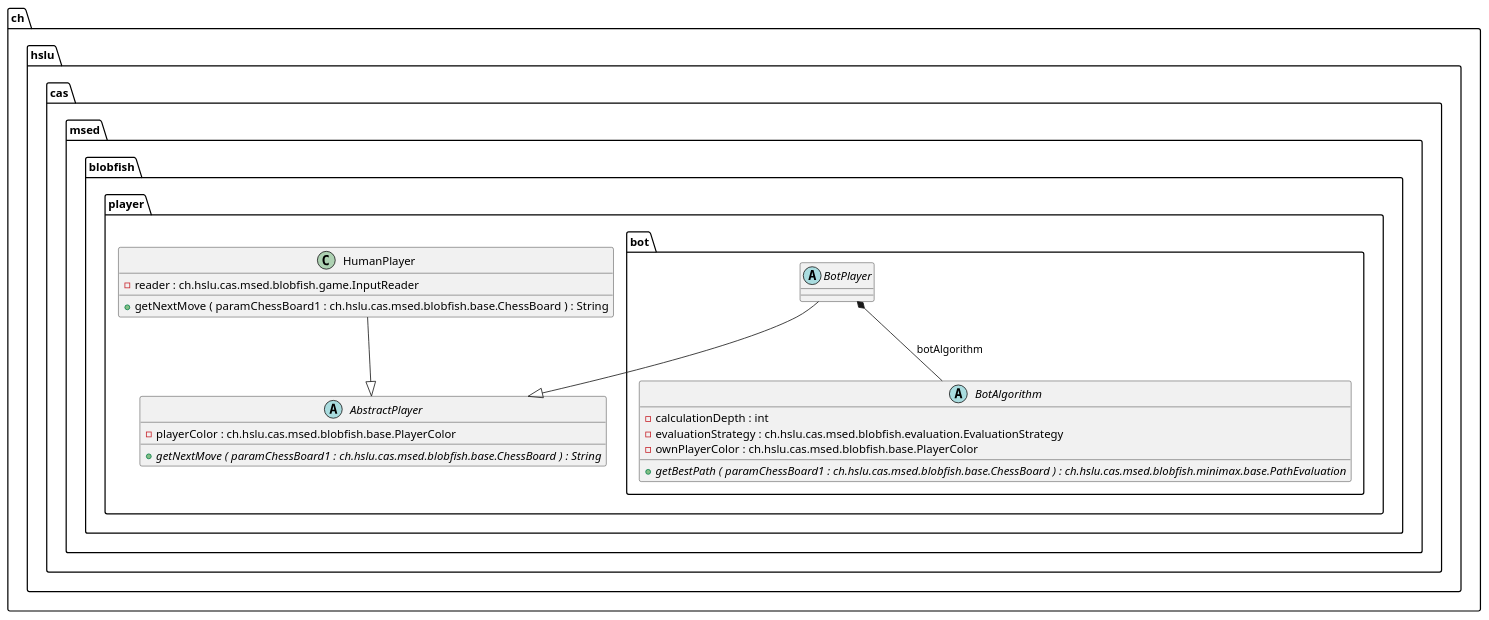
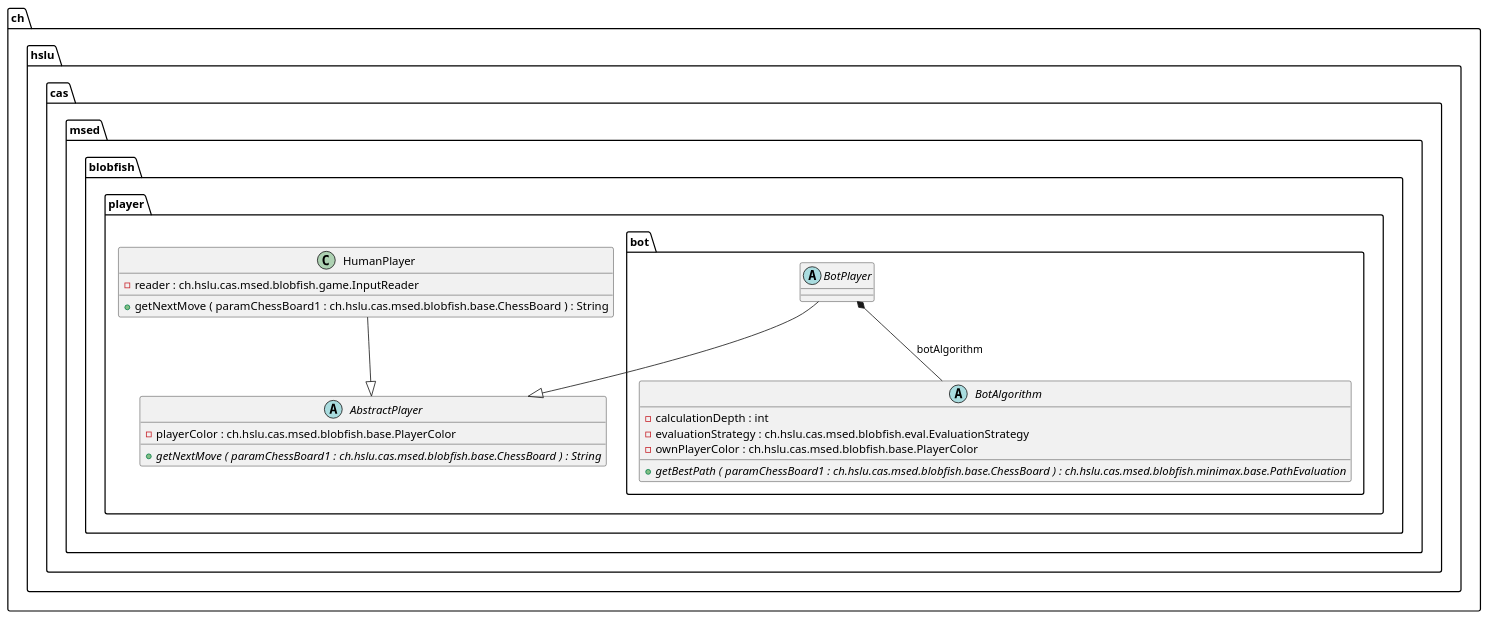
One commit to l2c0r3/blobfish changed the diagram in docs/generated-diagrams/player.puml. Above: the diagram before and after it, drawn with PlantUML. The commit also changed 10 other files, not shown here.

Commit message:
update generated UML diagrams

```diff
--- a/docs/generated-diagrams/player.puml
+++ b/docs/generated-diagrams/player.puml
@@ -1,34 +1,34 @@
 @startuml
 
 abstract class ch.hslu.cas.msed.blobfish.player.AbstractPlayer {
 	{field} -playerColor : ch.hslu.cas.msed.blobfish.base.PlayerColor
 	{method}  {abstract} +getNextMove ( paramChessBoard1 : ch.hslu.cas.msed.blobfish.base.ChessBoard ) : String
 }
 
 
 class ch.hslu.cas.msed.blobfish.player.HumanPlayer {
 	{field} -reader : ch.hslu.cas.msed.blobfish.game.InputReader
 	{method} +getNextMove ( paramChessBoard1 : ch.hslu.cas.msed.blobfish.base.ChessBoard ) : String
 }
 
 
 abstract class ch.hslu.cas.msed.blobfish.player.bot.BotAlgorithm {
 	{field} -calculationDepth : int
-	{field} -evaluationStrategy : ch.hslu.cas.msed.blobfish.evaluation.EvaluationStrategy
+	{field} -evaluationStrategy : ch.hslu.cas.msed.blobfish.eval.EvaluationStrategy
 	{field} -ownPlayerColor : ch.hslu.cas.msed.blobfish.base.PlayerColor
 	{method}  {abstract} +getBestPath ( paramChessBoard1 : ch.hslu.cas.msed.blobfish.base.ChessBoard ) : ch.hslu.cas.msed.blobfish.minimax.base.PathEvaluation
 }
 
 
 abstract class ch.hslu.cas.msed.blobfish.player.bot.BotPlayer {
 }
 
 
 
 
 ch.hslu.cas.msed.blobfish.player.HumanPlayer --|>  ch.hslu.cas.msed.blobfish.player.AbstractPlayer
 ch.hslu.cas.msed.blobfish.player.bot.BotPlayer *--  ch.hslu.cas.msed.blobfish.player.bot.BotAlgorithm : botAlgorithm
 ch.hslu.cas.msed.blobfish.player.bot.BotPlayer --|>  ch.hslu.cas.msed.blobfish.player.AbstractPlayer
 
 
 @enduml
```
